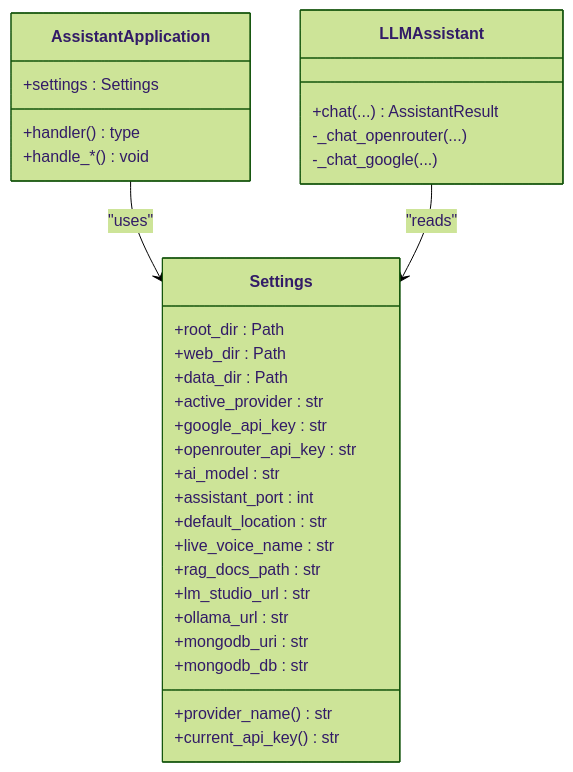
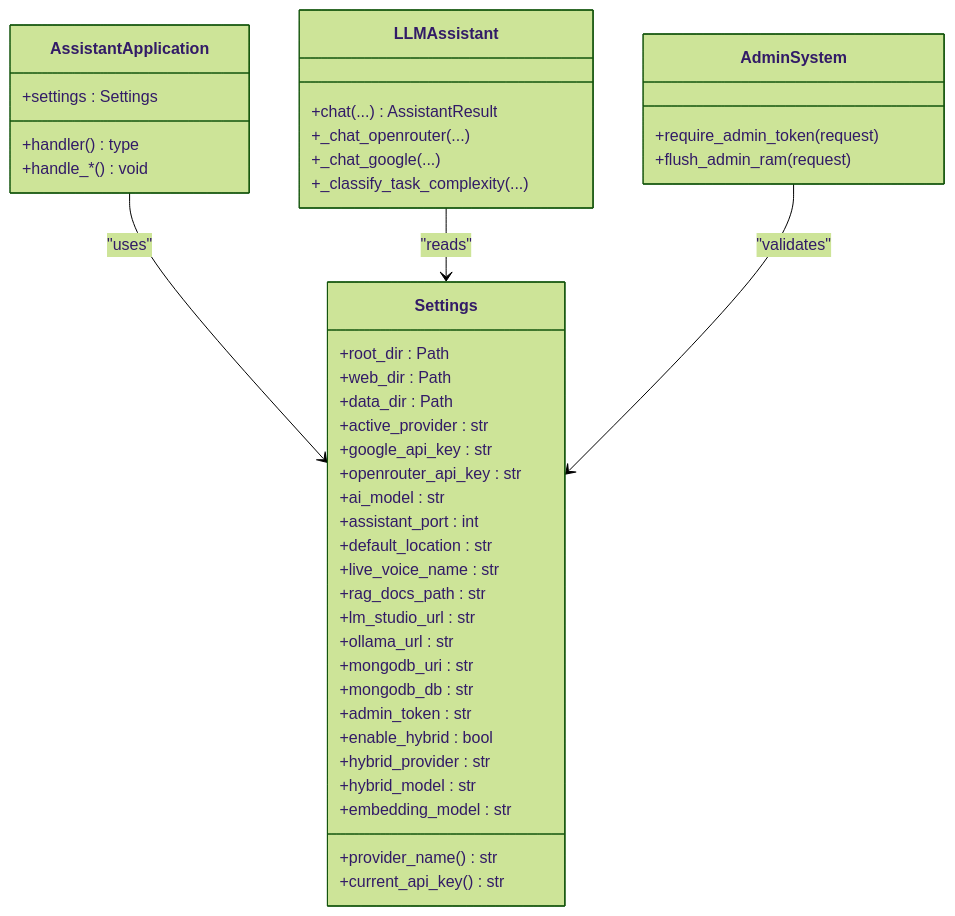
Before and after one commit to Sovetsky-Soyuz/AI-Assistant: the third of 8 diagrams in .qoder/repowiki/en/content/Backend Components/Configuration and Settings Management.md, drawn with Mermaid (forest theme). The commit also changed other lines of this file and 15 other files, not shown here.

````diff
--- a/.qoder/repowiki/en/content/Backend Components/Configuration and Settings Management.md
+++ b/.qoder/repowiki/en/content/Backend Components/Configuration and Settings Management.md
@@ -227,34 +301,45 @@
 ```mermaid
 classDiagram
 class Settings {
 +root_dir : Path
 +web_dir : Path
 +data_dir : Path
 +active_provider : str
 +google_api_key : str
 +openrouter_api_key : str
 +ai_model : str
 +assistant_port : int
 +default_location : str
 +live_voice_name : str
 +rag_docs_path : str
 +lm_studio_url : str
 +ollama_url : str
 +mongodb_uri : str
 +mongodb_db : str
++admin_token : str
++enable_hybrid : bool
++hybrid_provider : str
++hybrid_model : str
++embedding_model : str
 +provider_name() str
 +current_api_key() str
 }
 class AssistantApplication {
 +settings : Settings
 +handler() type
 +handle_*() void
 }
 class LLMAssistant {
 +chat(...) AssistantResult
--_chat_openrouter(...)
--_chat_google(...)
++_chat_openrouter(...)
++_chat_google(...)
++_classify_task_complexity(...)
+}
+class AdminSystem {
++require_admin_token(request)
++flush_admin_ram(request)
 }
 AssistantApplication --> Settings : "uses"
 LLMAssistant --> Settings : "reads"
+AdminSystem --> Settings : "validates"
 ```
````
